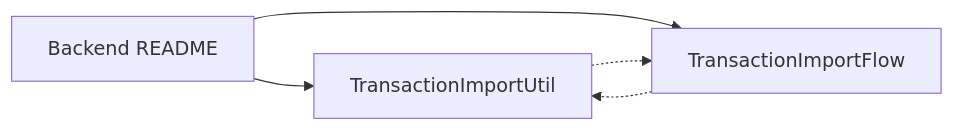
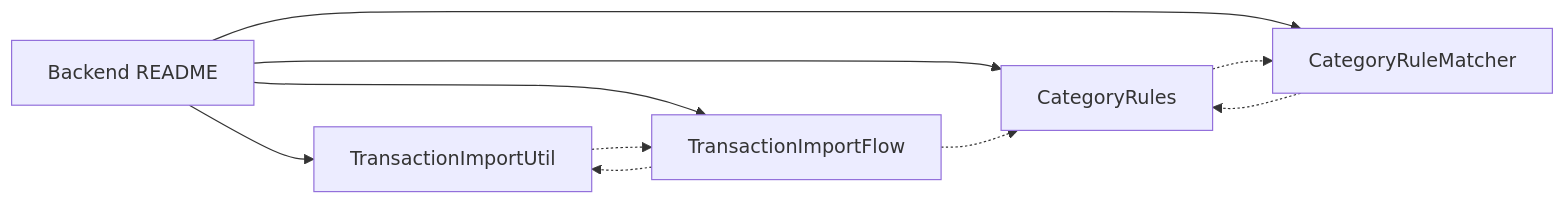
The diagram in backend/README.md (NotThaDev/KeepItSimple), drawn with Mermaid before and after one commit. The commit also changed other lines of this file and 20 other files, not shown here.

````diff
--- a/backend/README.md
+++ b/backend/README.md
@@ -47,7 +48,12 @@
 ```mermaid
 flowchart LR
   BE[Backend README] --> Util[TransactionImportUtil]
   BE --> Flow[TransactionImportFlow]
+  BE --> Rules[CategoryRules]
+  BE --> Matcher[CategoryRuleMatcher]
   Util -.-> Flow
   Flow -.-> Util
+  Rules -.-> Matcher
+  Matcher -.-> Rules
+  Flow -.-> Rules
 ```
````
